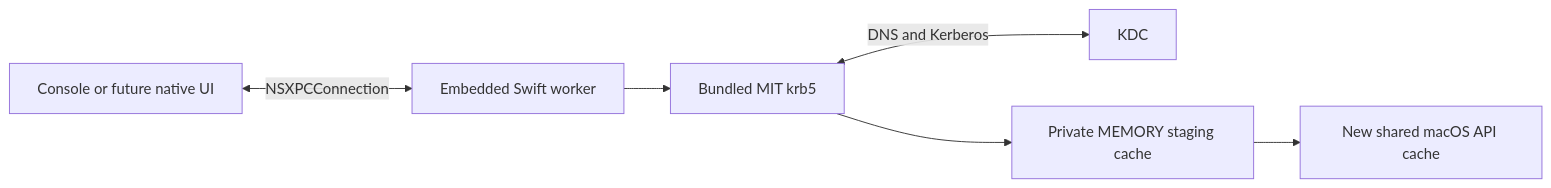
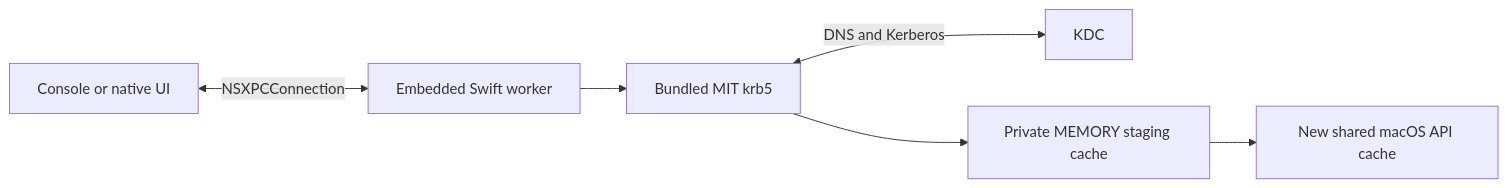
Before and after one commit to wyattanderson/kpasskey: the diagram in docs/ARCHITECTURE.md, drawn with Mermaid. The commit also changed other lines of this file and 22 other files, not shown here.

````diff
--- a/docs/ARCHITECTURE.md
+++ b/docs/ARCHITECTURE.md
@@ -14,8 +19,8 @@
 ```mermaid
 flowchart LR
-    H[Console or future native UI] <-->|NSXPCConnection| W[Embedded Swift worker]
+    H[Console or native UI] <-->|NSXPCConnection| W[Embedded Swift worker]
     W --> K[Bundled MIT krb5]
     K <-->|DNS and Kerberos| D[KDC]
     K --> M[Private MEMORY staging cache]
     M --> A[New shared macOS API cache]
 ```
````
